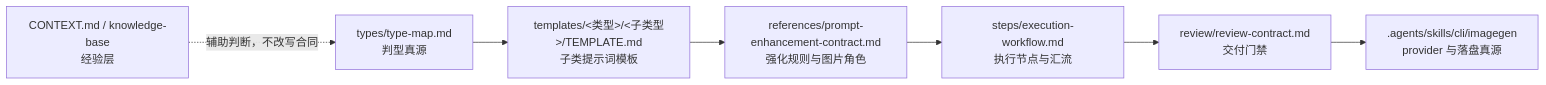
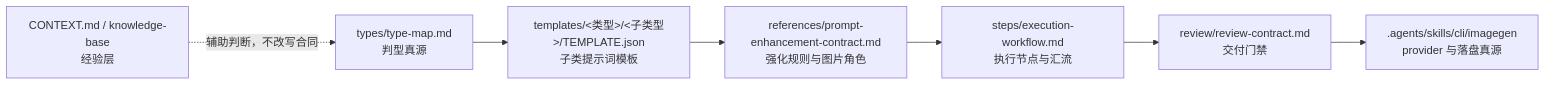
Before and after one commit to ZEN-VOID/AI-CUT: the second of 3 diagrams in .agents/skills/photoGPT/SKILL.md, drawn with Mermaid. The commit also changed other lines of this file and 118 other files, not shown here.

````diff
--- a/.agents/skills/photoGPT/SKILL.md
+++ b/.agents/skills/photoGPT/SKILL.md
@@ -104,9 +104,9 @@
 ```mermaid
 flowchart LR
-    A["types/type-map.md<br/>判型真源"] --> B["templates/<类型>/<子类型>/TEMPLATE.md<br/>子类提示词模板"]
+    A["types/type-map.md<br/>判型真源"] --> B["templates/<类型>/<子类型>/TEMPLATE.json<br/>子类提示词模板"]
     B --> C["references/prompt-enhancement-contract.md<br/>强化规则与图片角色"]
     C --> D["steps/execution-workflow.md<br/>执行节点与汇流"]
     D --> E["review/review-contract.md<br/>交付门禁"]
     E --> F[".agents/skills/cli/imagegen<br/>provider 与落盘真源"]
     G["CONTEXT.md / knowledge-base<br/>经验层"] -. "辅助判断，不改写合同" .-> A
 ```
````
